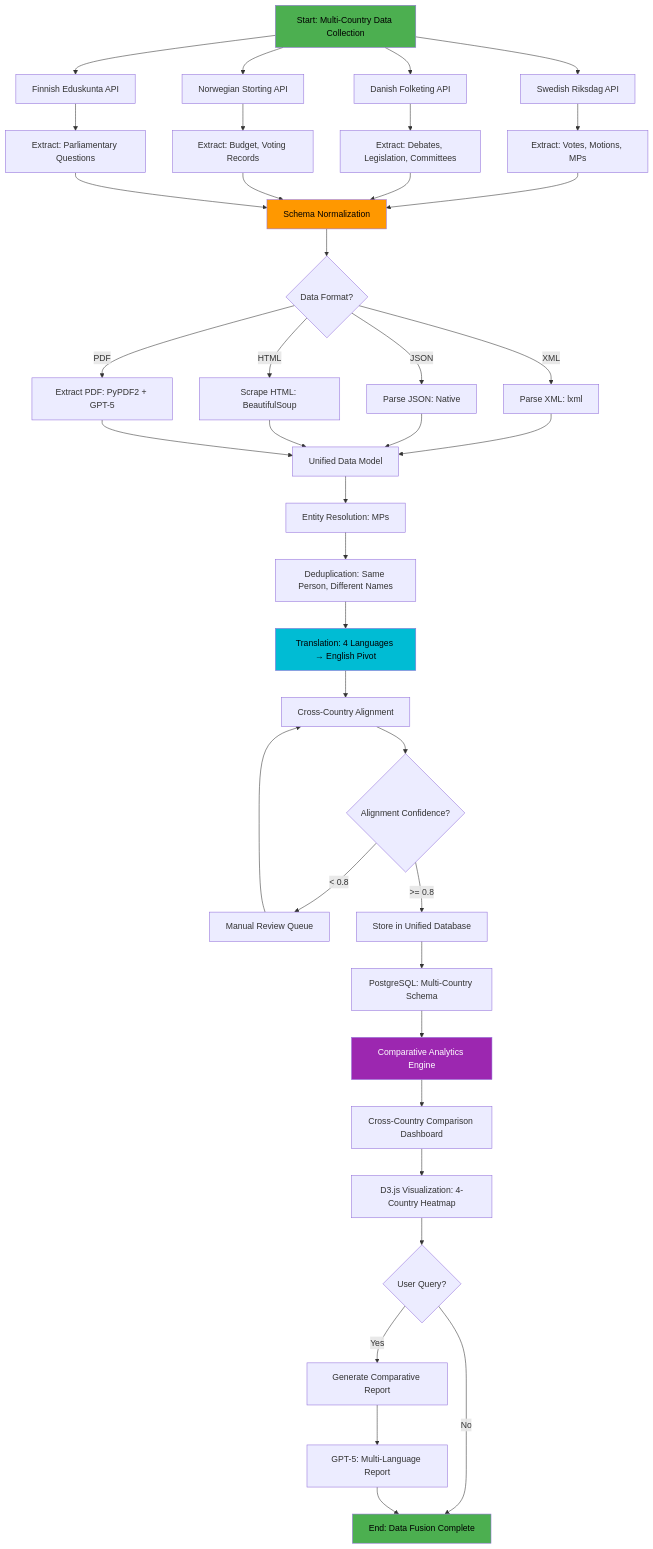
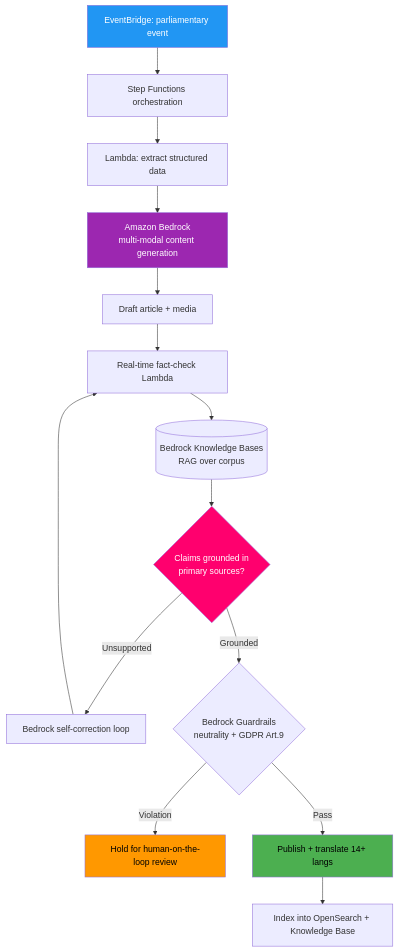
Diagram 13 of 24 in FUTURE_FLOWCHART.md (Hack23/riksdagsmonitor), drawn with Mermaid before and after one commit. The commit also changed other lines of this file and 5 other files, not shown here.

Commit message:
Rewrite FUTURE_DATA_MODEL.md as three-horizon data architecture (v3.0)

````diff
--- a/FUTURE_FLOWCHART.md
+++ b/FUTURE_FLOWCHART.md
@@ -829,59 +441,21 @@
 ```mermaid
 flowchart TD
-    A[Start: Multi-Country Data Collection] --> B[Swedish Riksdag API]
-    A --> C[Danish Folketing API]
-    A --> D[Norwegian Storting API]
-    A --> E[Finnish Eduskunta API]
-    
-    B --> F[Extract: Votes, Motions, MPs]
-    C --> G[Extract: Debates, Legislation, Committees]
-    D --> H[Extract: Budget, Voting Records]
-    E --> I[Extract: Parliamentary Questions]
-    
-    F --> J[Schema Normalization]
-    G --> J
-    H --> J
-    I --> J
-    
-    J --> K{Data Format?}
-    
-    K -->|XML| L[Parse XML: lxml]
-    K -->|JSON| M[Parse JSON: Native]
-    K -->|HTML| N[Scrape HTML: BeautifulSoup]
-    K -->|PDF| O[Extract PDF: PyPDF2 + GPT-5]
-    
-    L --> P[Unified Data Model]
-    M --> P
-    N --> P
-    O --> P
-    
-    P --> Q[Entity Resolution: MPs]
-    Q --> R[Deduplication: Same Person, Different Names]
-    R --> S[Translation: 4 Languages → English Pivot]
-    
-    S --> T[Cross-Country Alignment]
-    T --> U{Alignment Confidence?}
-    
-    U -->|< 0.8| V[Manual Review Queue]
-    V --> T
-    
-    U -->|>= 0.8| W[Store in Unified Database]
-    W --> X[PostgreSQL: Multi-Country Schema]
-    
-    X --> Y[Comparative Analytics Engine]
-    Y --> Z[Cross-Country Comparison Dashboard]
-    Z --> AA[D3.js Visualization: 4-Country Heatmap]
-    
-    AA --> AB{User Query?}
-    AB -->|Yes| AC[Generate Comparative Report]
-    AB -->|No| AD[End: Data Fusion Complete]
-    
-    AC --> AE[GPT-5: Multi-Language Report]
-    AE --> AD
-    
-    style A fill:#4caf50,color:#000000
-    style J fill:#ff9800,color:#000000
-    style S fill:#00bcd4,color:#000000
-    style Y fill:#9c27b0,color:#ffffff
-    style AD fill:#4caf50,color:#000000
+    EVT[EventBridge: parliamentary event] --> SF[Step Functions orchestration]
+    SF --> EXTRACT[Lambda: extract structured data]
+    EXTRACT --> BR[Amazon Bedrock<br/>multi-modal content generation]
+    BR --> DRAFT[Draft article + media]
+    DRAFT --> FC[Real-time fact-check Lambda]
+    FC --> KB[(Bedrock Knowledge Bases<br/>RAG over corpus)]
+    KB --> VERDICT{Claims grounded in<br/>primary sources?}
+    VERDICT -->|Unsupported| CORRECT[Bedrock self-correction loop] --> FC
+    VERDICT -->|Grounded| GUARD{Bedrock Guardrails<br/>neutrality + GDPR Art.9}
+    GUARD -->|Violation| HOLD[Hold for human-on-the-loop review]
+    GUARD -->|Pass| PUB[Publish + translate 14+ langs]
+    PUB --> APIDX[Index into OpenSearch + Knowledge Base]
+
+    style EVT fill:#2196f3,color:#ffffff
+    style BR fill:#9c27b0,color:#ffffff
+    style VERDICT fill:#ff006e,color:#ffffff
+    style HOLD fill:#ff9800,color:#000000
+    style PUB fill:#4caf50,color:#000000
 ```
````
